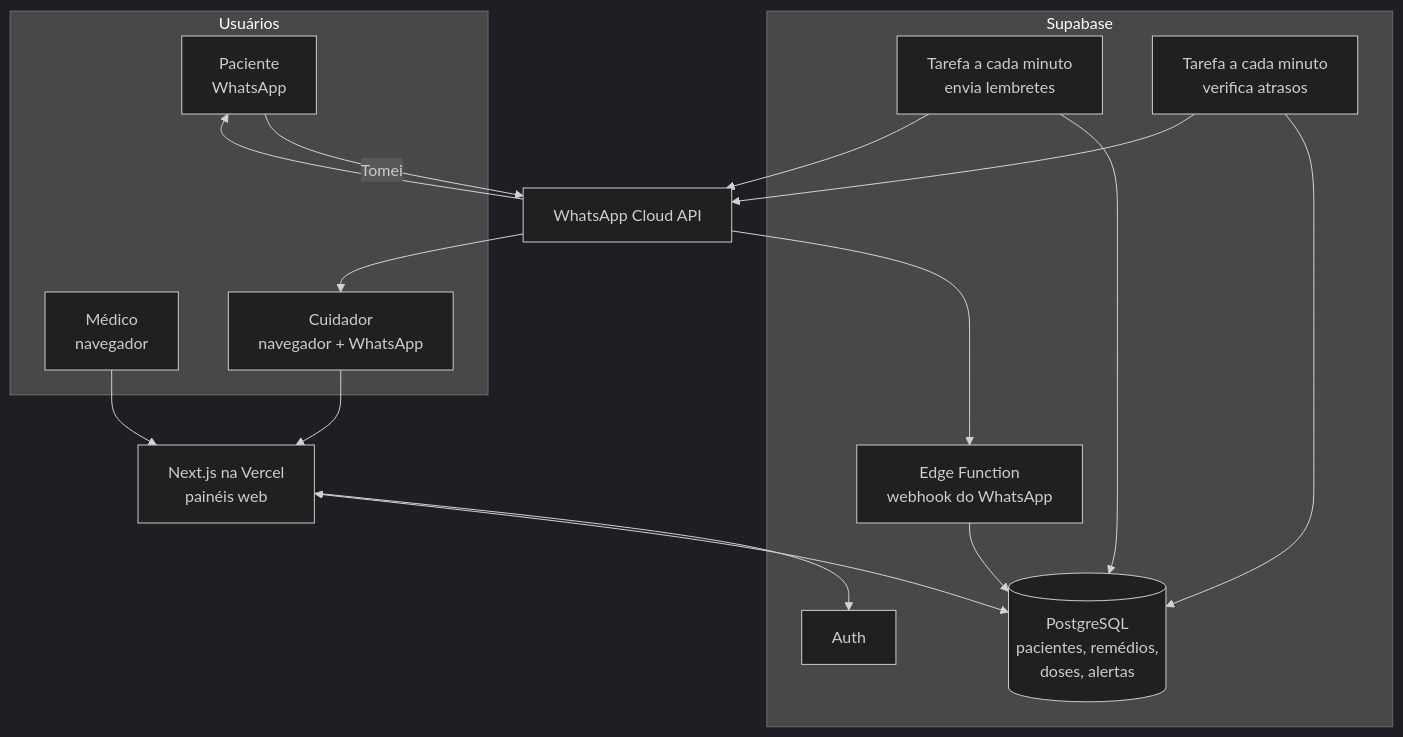
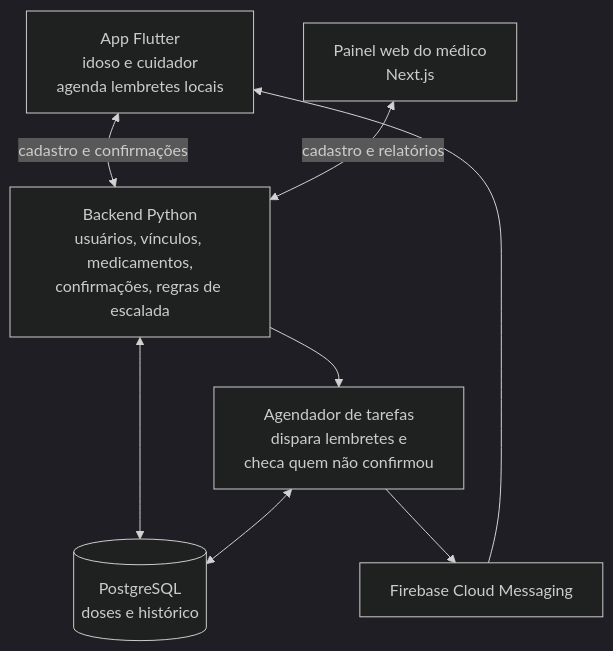
Before and after one commit to JulliaFernandes/CuidarMais: the second of 2 diagrams in README.md, drawn with Mermaid (dark theme). The commit also changed other lines of this file and 3 other files, not shown here.

````diff
--- a/README.md
+++ b/README.md
@@ -87,29 +138,16 @@
 ```mermaid
 flowchart TB
-    subgraph Usuários
-        M[Médico<br/>navegador]
-        CU[Cuidador<br/>navegador + WhatsApp]
-        P[Paciente<br/>WhatsApp]
-    end
-    W[Next.js na Vercel<br/>painéis web]
-    subgraph Supabase
-        AU[Auth]
-        DB[(PostgreSQL<br/>pacientes, remédios,<br/>doses, alertas)]
-        F1[Tarefa a cada minuto<br/>envia lembretes]
-        F2[Tarefa a cada minuto<br/>verifica atrasos]
-        F3[Edge Function<br/>webhook do WhatsApp]
-    end
-    WA[WhatsApp Cloud API]
+    APP[App Flutter<br/>idoso e cuidador<br/>agenda lembretes locais]
+    WEB[Painel web do médico<br/>Next.js]
+    API[Backend Python<br/>usuários, vínculos, medicamentos,<br/>confirmações, regras de escalada]
+    JOB[Agendador de tarefas<br/>dispara lembretes e<br/>checa quem não confirmou]
+    DB[(PostgreSQL<br/>doses e histórico)]
+    FCM[Firebase Cloud Messaging]
 
-    M --> W
-    CU --> W
-    W --> AU
-    W <--> DB
-    F1 --> DB
-    F2 --> DB
-    F1 --> WA
-    F2 --> WA
-    WA --> P
-    WA --> CU
-    P -- "Tomei" --> WA --> F3 --> DB
+    APP <-- cadastro e confirmações --> API
+    WEB <-- cadastro e relatórios --> API
+    API --> JOB
+    API <--> DB
+    JOB <--> DB
+    JOB --> FCM --> APP
 ```
````
